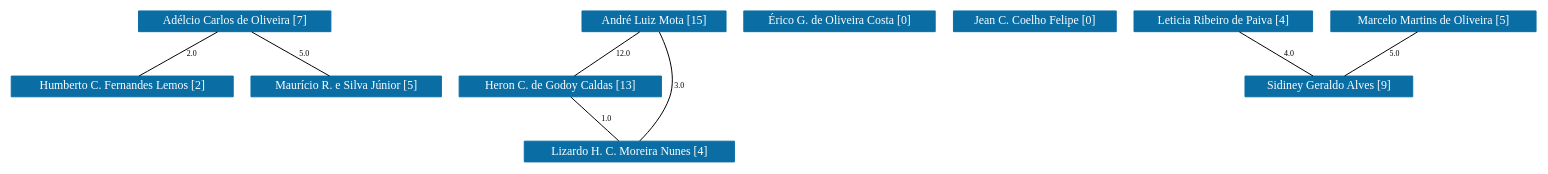
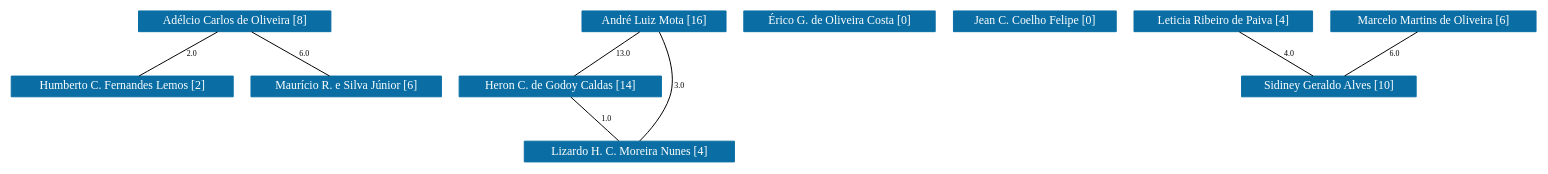
Before and after one commit to icamps/unifal-lattes: the diagram in PPGF-UFSJ/grafoDeColaboracoesComPesos.dot, drawn with Graphviz. The commit also changed 623 other files, not shown here.

```diff
--- a/PPGF-UFSJ/grafoDeColaboracoesComPesos.dot
+++ b/PPGF-UFSJ/grafoDeColaboracoesComPesos.dot
@@ -1,116 +1,116 @@
 strict graph grafo2 {
-	graph [bb="0,0,1289.5,153",
+	graph [bb="0,0,1287.5,153",
 		id=grafo2,
 		overlap=False
 	];
 	node [fontsize=12,
 		label="\N",
 		shape=rectangle,
 		style=filled
 	];
-	0	 [URL="membro-0487113229071944.html",
+	0	[URL="membro-0487113229071944.html",
 		color="#0A6EA4",
 		fontcolor="#FFFFFF",
 		height=0.29167,
-		label="Adélcio Carlos de Oliveira [7]",
-		pos="187,142.5",
-		width=2.1944];
-	4	 [URL="membro-8374281747074655.html",
+		label="Adélcio Carlos de Oliveira [8]",
+		pos="185,142.5",
+		width=2.2222];
+	4	[URL="membro-8374281747074655.html",
 		color="#0A6EA4",
 		fontcolor="#FFFFFF",
 		height=0.29167,
 		label="Humberto C. Fernandes Lemos [2]",
-		pos="92,76.5",
-		width=2.5556];
-	0 -- 4	 [fontsize=8,
+		pos="91,76.5",
+		width=2.5278];
+	0 -- 4	[fontsize=8,
 		label=2.0,
-		lp="151,109.5",
-		pos="171.74,131.9 154.01,119.58 124.94,99.383 107.23,87.078"];
-	10	 [URL="membro-7617696183555654.html",
+		lp="149,109.5",
+		pos="170.72,131.78 152.95,119.68 122.79,99.146 105.1,87.102"];
+	10	[URL="membro-7617696183555654.html",
 		color="#0A6EA4",
 		fontcolor="#FFFFFF",
 		height=0.29167,
-		label="Maurício R. e Silva Júnior [5]",
-		pos="281,76.5",
+		label="Maurício R. e Silva Júnior [6]",
+		pos="279,76.5",
 		width=2.1944];
-	0 -- 10	 [fontsize=8,
-		label=5.0,
-		lp="245,109.5",
-		pos="202.1,131.9 219.64,119.58 248.41,99.383 265.93,87.078"];
-	1	 [URL="membro-8453016139576761.html",
+	0 -- 10	[fontsize=8,
+		label=6.0,
+		lp="243,109.5",
+		pos="199.28,131.78 217.05,119.68 247.21,99.146 264.9,87.102"];
+	1	[URL="membro-8453016139576761.html",
 		color="#0A6EA4",
 		fontcolor="#FFFFFF",
 		height=0.29167,
-		label="André Luiz Mota [15]",
-		pos="544,142.5",
+		label="André Luiz Mota [16]",
+		pos="542,142.5",
 		width=1.6944];
-	3	 [URL="membro-1373657423991547.html",
+	3	[URL="membro-1373657423991547.html",
 		color="#0A6EA4",
 		fontcolor="#FFFFFF",
 		height=0.29167,
-		label="Heron C. de Godoy Caldas [13]",
-		pos="462,76.5",
-		width=2.3333];
-	1 -- 3	 [fontsize=8,
-		label=12.0,
-		lp="515,109.5",
-		pos="530.83,131.9 515.52,119.58 490.43,99.383 475.14,87.078"];
-	7	 [URL="membro-9320579515635433.html",
+		label="Heron C. de Godoy Caldas [14]",
+		pos="460,76.5",
+		width=2.3472];
+	1 -- 3	[fontsize=8,
+		label=13.0,
+		lp="513,109.5",
+		pos="529.55,131.78 514.04,119.68 487.73,99.146 472.3,87.102"];
+	7	[URL="membro-9320579515635433.html",
 		color="#0A6EA4",
 		fontcolor="#FFFFFF",
 		height=0.29167,
 		label="Lizardo H. C. Moreira Nunes [4]",
-		pos="522,10.5",
+		pos="520,10.5",
 		width=2.4028];
-	1 -- 7	 [fontsize=8,
+	1 -- 7	[fontsize=8,
 		label=3.0,
-		lp="563,76.5",
-		pos="548.2,131.94 553.54,117.02 561.33,89.03 555,66 550.31,48.921 538.84,31.783 530.74,21.164"];
-	3 -- 7	 [fontsize=8,
+		lp="561,76.5",
+		pos="546.03,131.56 551.37,116.96 559.41,88.965 553,66 548.18,48.741 536.25,31.501 528.13,21.167"];
+	3 -- 7	[fontsize=8,
 		label=1.0,
-		lp="501,43.5",
-		pos="471.64,65.896 482.77,53.653 500.98,33.622 512.18,21.297"];
-	2	 [URL="membro-4937965723746020.html",
+		lp="499,43.5",
+		pos="469.11,65.78 480.39,53.751 499.48,33.383 510.8,21.312"];
+	2	[URL="membro-4937965723746020.html",
 		color="#0A6EA4",
 		fontcolor="#FFFFFF",
 		height=0.29167,
 		label="Érico G. de Oliveira Costa [0]",
-		pos="703,142.5",
-		width=2.2222];
-	5	 [URL="membro-1513522824340750.html",
+		pos="701,142.5",
+		width=2.2083];
+	5	[URL="membro-1513522824340750.html",
 		color="#0A6EA4",
 		fontcolor="#FFFFFF",
 		height=0.29167,
 		label="Jean C. Coelho Felipe [0]",
-		pos="870,142.5",
+		pos="868,142.5",
 		width=1.9167];
-	6	 [URL="membro-9428416479663144.html",
+	6	[URL="membro-9428416479663144.html",
 		color="#0A6EA4",
 		fontcolor="#FFFFFF",
 		height=0.29167,
 		label="Leticia Ribeiro de Paiva [4]",
-		pos="1031,142.5",
+		pos="1029,142.5",
 		width=2.0417];
-	9	 [URL="membro-4536440727635518.html",
+	9	[URL="membro-4536440727635518.html",
 		color="#0A6EA4",
 		fontcolor="#FFFFFF",
 		height=0.29167,
-		label="Sidiney Geraldo Alves [9]",
-		pos="1119,76.5",
-		width=1.9444];
-	6 -- 9	 [fontsize=8,
+		label="Sidiney Geraldo Alves [10]",
+		pos="1117,76.5",
+		width=2.0278];
+	6 -- 9	[fontsize=8,
 		label=4.0,
-		lp="1086,109.5",
-		pos="1045.1,131.9 1061.6,119.58 1088.5,99.383 1104.9,87.078"];
-	8	 [URL="membro-2091568617999217.html",
+		lp="1084,109.5",
+		pos="1042.4,131.78 1059,119.68 1087.2,99.146 1103.8,87.102"];
+	8	[URL="membro-2091568617999217.html",
 		color="#0A6EA4",
 		fontcolor="#FFFFFF",
 		height=0.29167,
-		label="Marcelo Martins de Oliveira [5]",
-		pos="1206,142.5",
+		label="Marcelo Martins de Oliveira [6]",
+		pos="1204,142.5",
 		width=2.3194];
-	8 -- 9	 [fontsize=8,
-		label=5.0,
-		lp="1173,109.5",
-		pos="1192,131.9 1175.8,119.58 1149.2,99.383 1132.9,87.078"];
+	8 -- 9	[fontsize=8,
+		label=6.0,
+		lp="1171,109.5",
+		pos="1190.8,131.78 1174.3,119.68 1146.4,99.146 1130.1,87.102"];
 }
```
